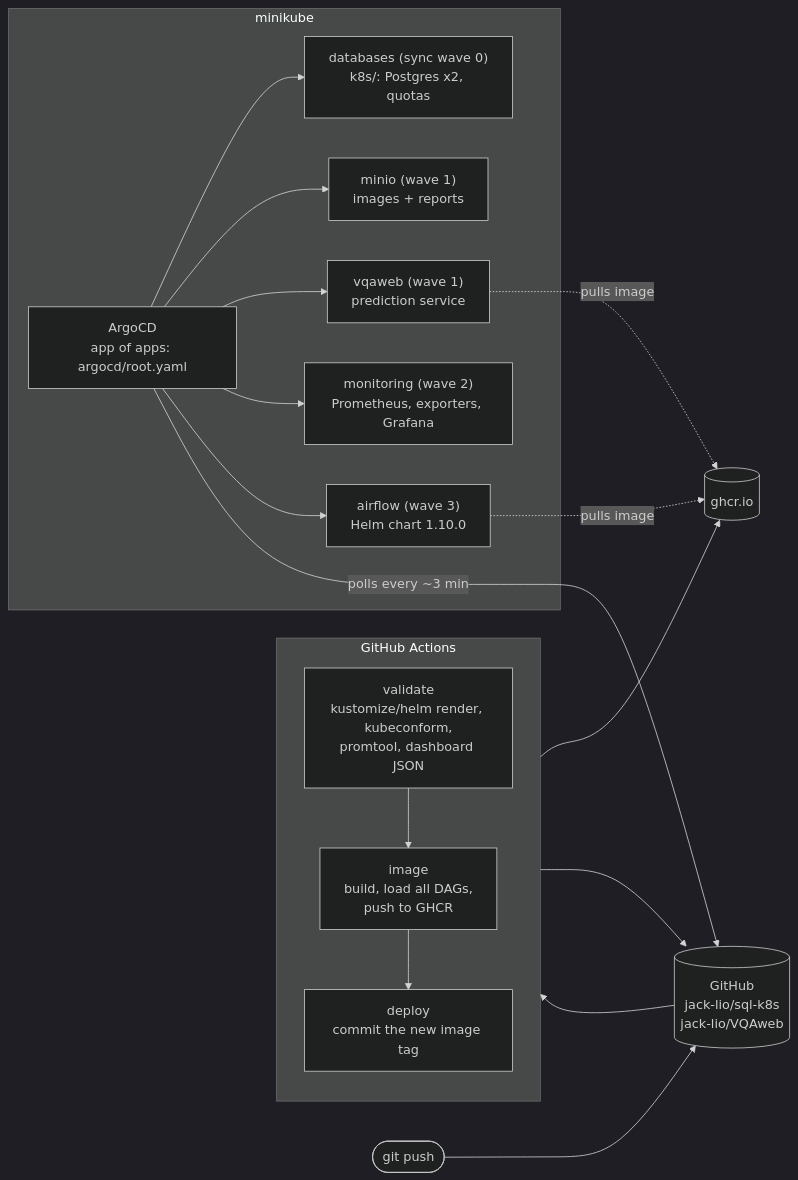
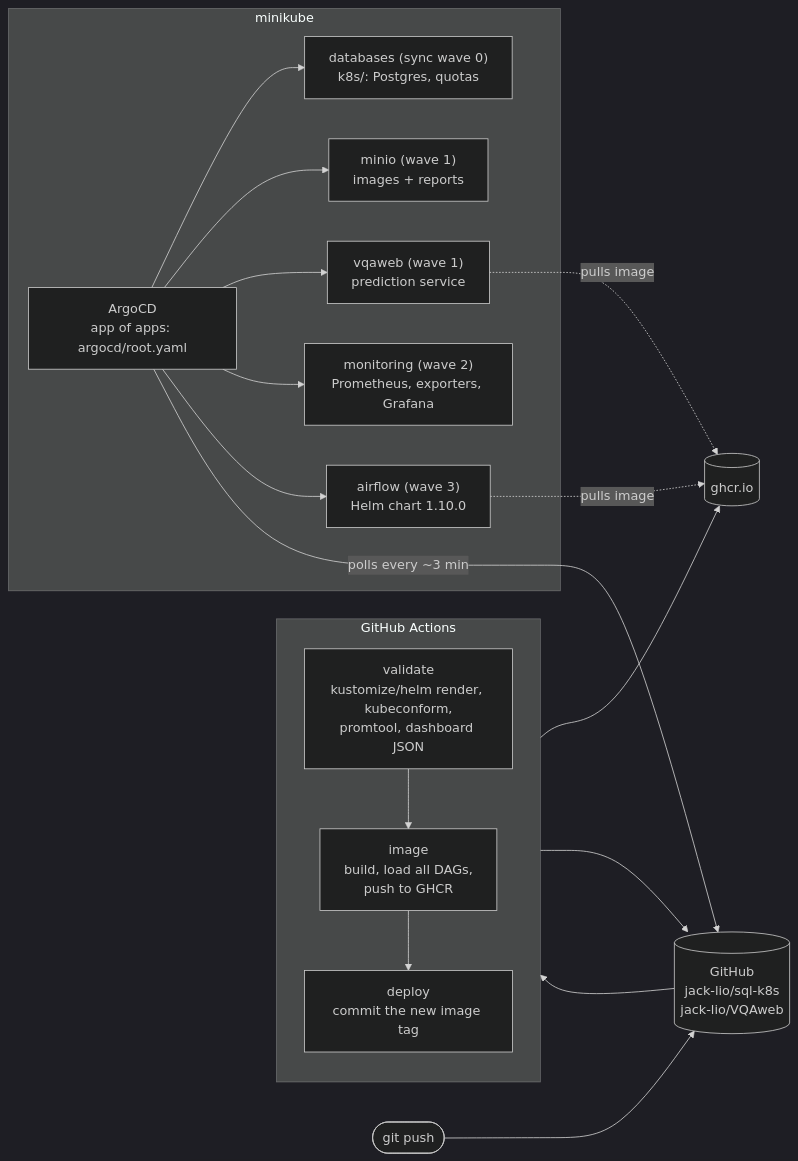
Before and after one commit to jack-lio/sql-k8s: the first of 3 diagrams in README.md, drawn with Mermaid (dark theme). The commit also changed other lines of this file and 9 other files, not shown here.

````diff
--- a/README.md
+++ b/README.md
@@ -10,27 +10,27 @@
 ```mermaid
 flowchart LR
     dev([git push]) --> gh[(GitHub<br/>jack-lio/sql-k8s<br/>jack-lio/VQAweb)]
 
     subgraph ci [GitHub Actions]
         direction TB
         validate["validate<br/>kustomize/helm render, kubeconform,<br/>promtool, dashboard JSON"]
         image["image<br/>build, load all DAGs,<br/>push to GHCR"]
         bump["deploy<br/>commit the new image tag"]
         validate --> image --> bump
     end
     gh --> ci
     image --> ghcr[(ghcr.io)]
     bump --> gh
 
     subgraph mk [minikube]
         argocd["ArgoCD<br/>app of apps: argocd/root.yaml"]
-        argocd --> databases["databases (sync wave 0)<br/>k8s/: Postgres x2, quotas"]
+        argocd --> databases["databases (sync wave 0)<br/>k8s/: Postgres, quotas"]
         argocd --> minio["minio (wave 1)<br/>images + reports"]
         argocd --> vqaweb["vqaweb (wave 1)<br/>prediction service"]
         argocd --> monitoring["monitoring (wave 2)<br/>Prometheus, exporters, Grafana"]
         argocd --> airflow["airflow (wave 3)<br/>Helm chart 1.10.0"]
     end
     argocd -- "polls every ~3 min" --> gh
     airflow -. pulls image .-> ghcr
     vqaweb -. pulls image .-> ghcr
 ```
````
